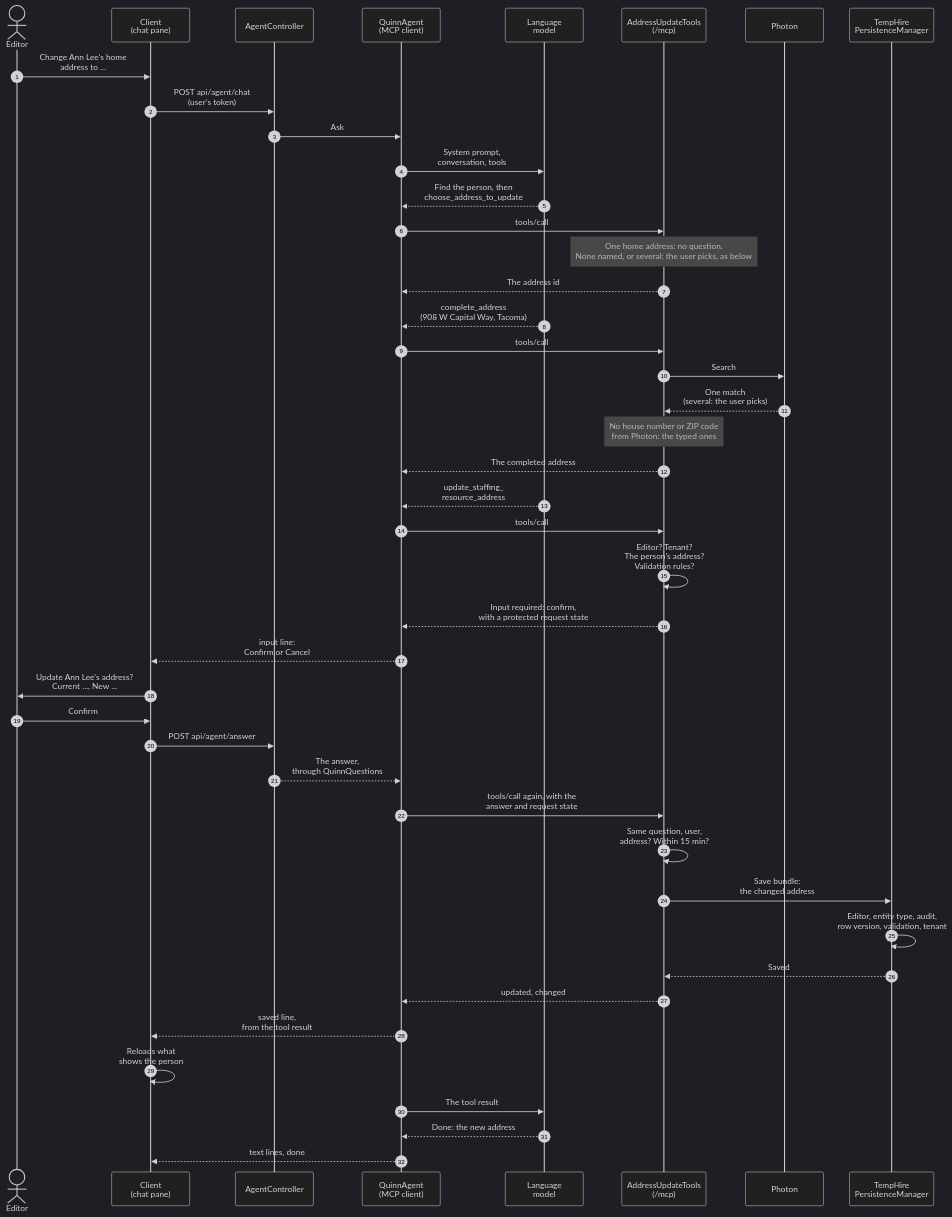
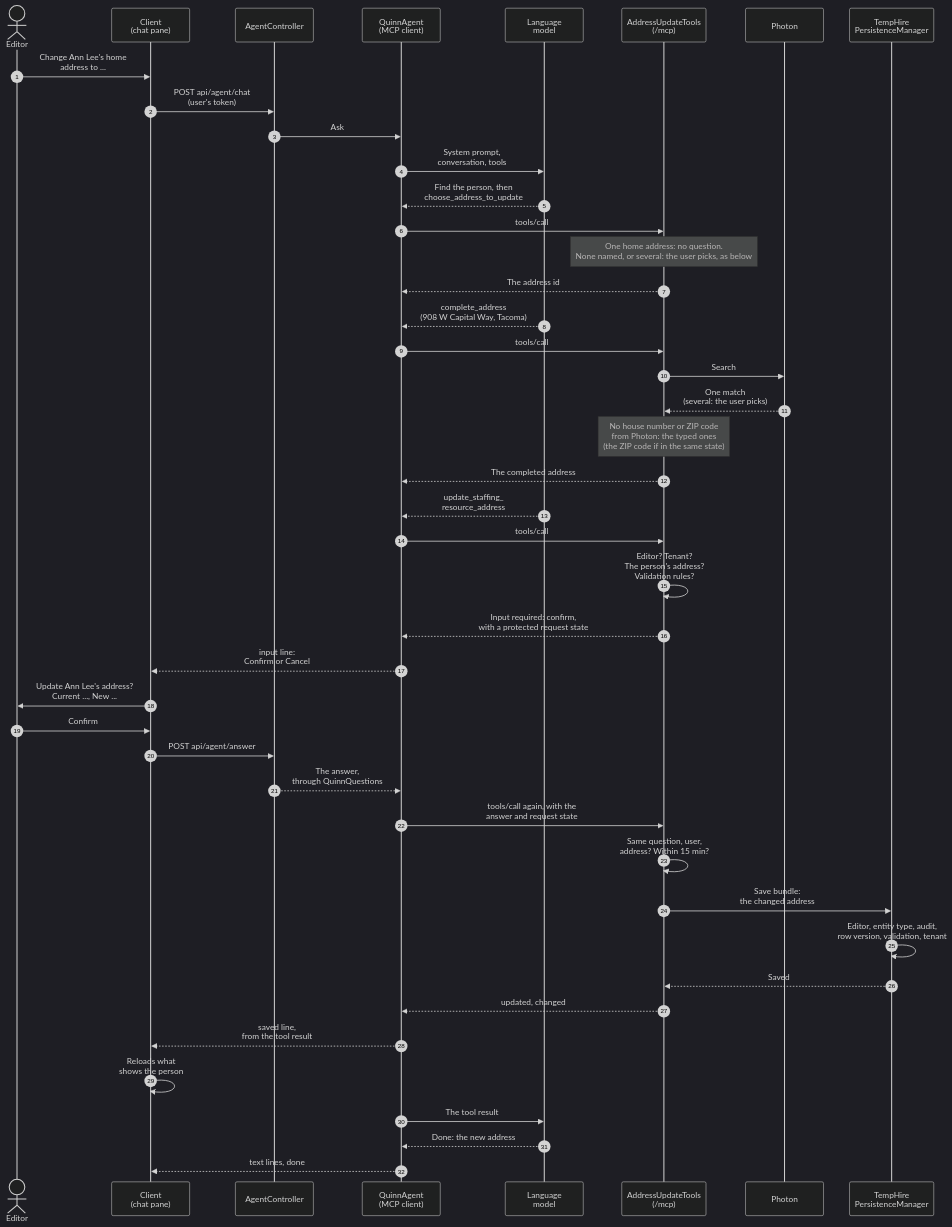
One commit to Breeze/temphire.server changed the fourth of 4 diagrams in docs/QUINN-ARCHITECTURE.md. Above: the diagram before and after it, drawn with Mermaid (dark theme). The commit also changed other lines of this file and 5 other files, not shown here.

First line of the commit message:
Use the typed ZIP code only for addresses in its state

````diff
--- a/docs/QUINN-ARCHITECTURE.md
+++ b/docs/QUINN-ARCHITECTURE.md
@@ -204,47 +204,47 @@
 ```mermaid
 sequenceDiagram
   autonumber
   actor U as Editor
   participant C as Client<br/>(chat pane)
   participant A as AgentController
   participant Q as QuinnAgent<br/>(MCP client)
   participant L as Language<br/>model
   participant W as AddressUpdateTools<br/>(/mcp)
   participant P as Photon
   participant S as TempHire<br/>PersistenceManager
 
   U->>C: Change Ann Lee's home<br/>address to ...
   C->>A: POST api/agent/chat<br/>(user's token)
   A->>Q: Ask
   Q->>L: System prompt,<br/>conversation, tools
   L-->>Q: Find the person, then<br/>choose_address_to_update
   Q->>W: tools/call
   Note over W: One home address: no question.<br/>None named, or several: the user picks, as below
   W-->>Q: The address id
   L-->>Q: complete_address<br/>(908 W Capital Way, Tacoma)
   Q->>W: tools/call
   W->>P: Search
   P-->>W: One match<br/>(several: the user picks)
-  Note over W: No house number or ZIP code<br/>from Photon: the typed ones
+  Note over W: No house number or ZIP code<br/>from Photon: the typed ones<br/>(the ZIP code if in the same state)
   W-->>Q: The completed address
   L-->>Q: update_staffing_<br/>resource_address
   Q->>W: tools/call
   W->>W: Editor? Tenant?<br/>The person's address?<br/>Validation rules?
   W-->>Q: Input required: confirm,<br/>with a protected request state
   Q-->>C: input line:<br/>Confirm or Cancel
   C->>U: Update Ann Lee's address?<br/>Current ..., New ...
   U->>C: Confirm
   C->>A: POST api/agent/answer
   A-->>Q: The answer,<br/>through QuinnQuestions
   Q->>W: tools/call again, with the<br/>answer and request state
   W->>W: Same question, user,<br/>address? Within 15 min?
   W->>S: Save bundle:<br/>the changed address
   S->>S: Editor, entity type, audit,<br/>row version, validation, tenant
   S-->>W: Saved
   W-->>Q: updated, changed
   Q-->>C: saved line,<br/>from the tool result
   C->>C: Reloads what<br/>shows the person
   Q->>L: The tool result
   L-->>Q: Done: the new address
   Q-->>C: text lines, done
 ```
````
